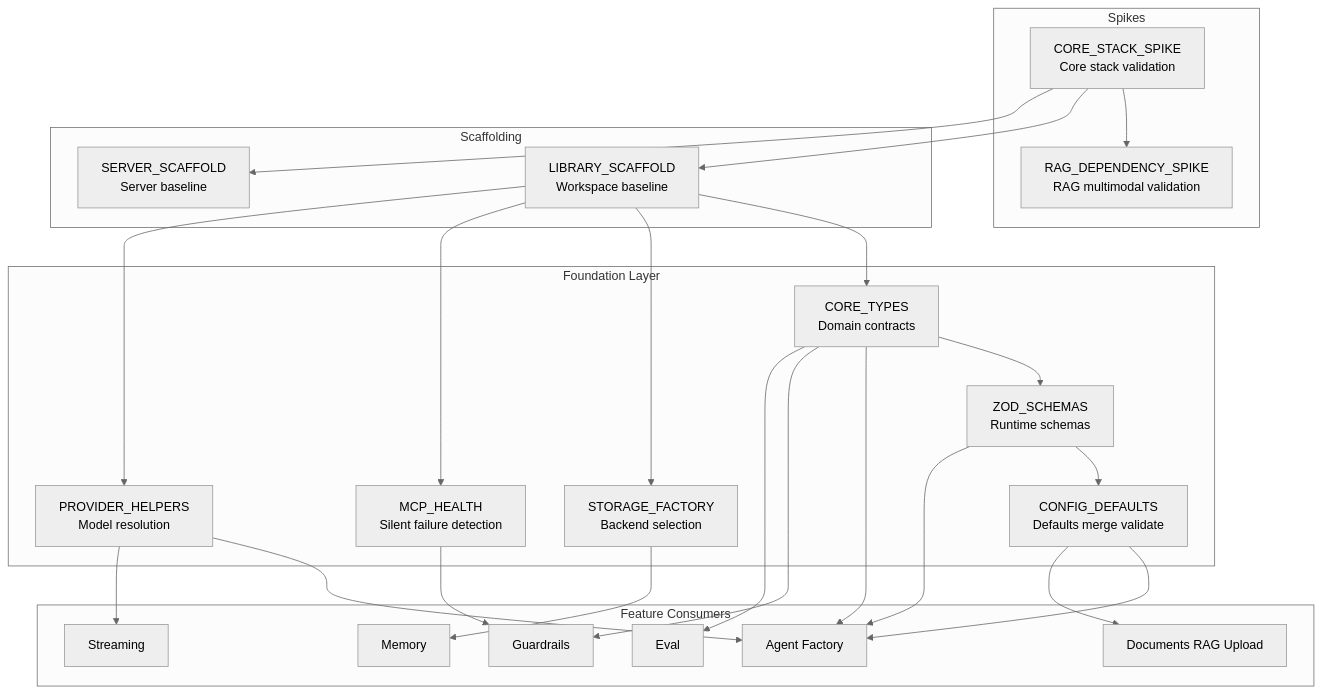
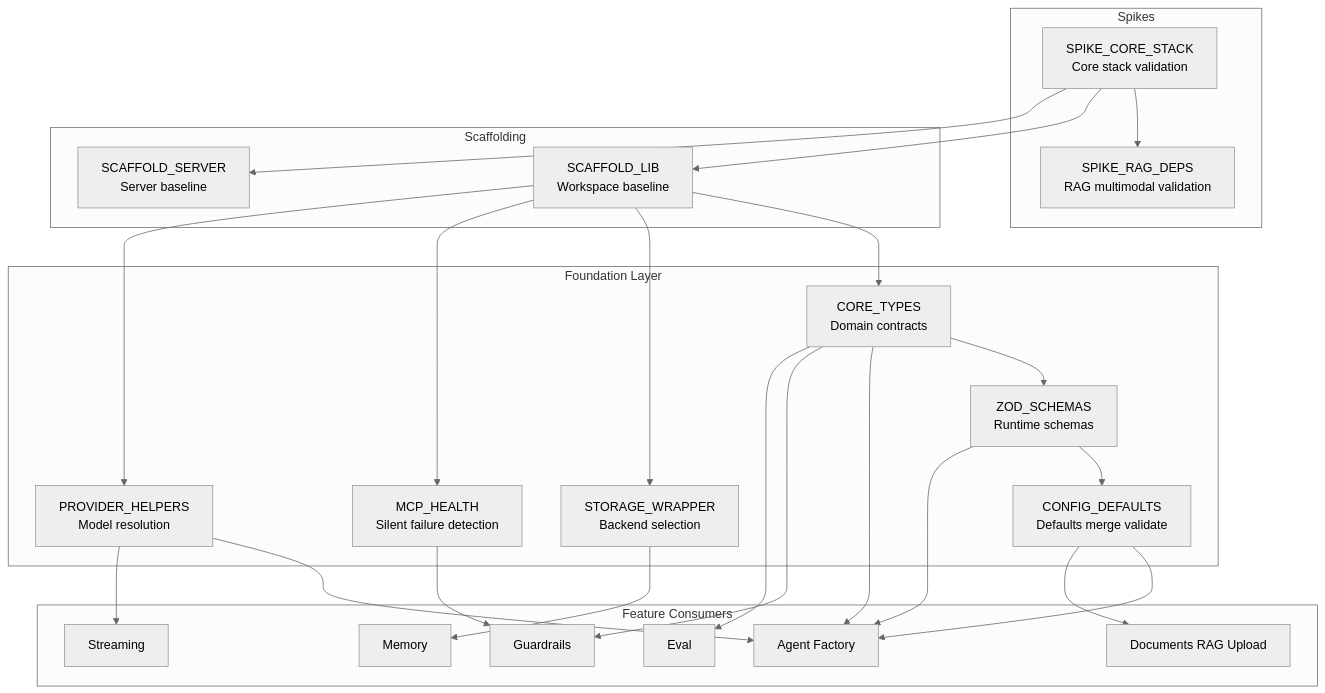
The first of 10 diagrams in plan/04-foundation.md (1qh/safeagent), drawn with Mermaid (neutral theme) before and after one commit. The commit also changed other lines of this file and 1 other file, not shown here.

Commit message:
fix round 11 issues: align task IDs in 04-foundation Mermaid diagrams with 17-execution, replace literal SQL in 15-infrastructure Mermaid with design-level descriptions

````diff
--- a/plan/04-foundation.md
+++ b/plan/04-foundation.md
@@ -59,54 +59,54 @@
 ```mermaid
 flowchart TB
     subgraph SPIKES["Spikes"]
-        CORE_STACK_SPIKE["CORE_STACK_SPIKE\nCore stack validation"]
-        RAG_DEP_SPIKE["RAG_DEPENDENCY_SPIKE\nRAG multimodal validation"]
+        SPIKE_CORE_STACK["SPIKE_CORE_STACK\nCore stack validation"]
+        SPIKE_RAG_DEPS["SPIKE_RAG_DEPS\nRAG multimodal validation"]
     end
 
     subgraph SCAFFOLDING["Scaffolding"]
-        LIB_SCAFFOLD["LIBRARY_SCAFFOLD\nWorkspace baseline"]
-        SERVER_SCAFFOLD["SERVER_SCAFFOLD\nServer baseline"]
+        SCAFFOLD_LIB["SCAFFOLD_LIB\nWorkspace baseline"]
+        SCAFFOLD_SERVER["SCAFFOLD_SERVER\nServer baseline"]
     end
 
     subgraph FOUNDATION["Foundation Layer"]
         CORE_TYPES["CORE_TYPES\nDomain contracts"]
         ZOD_SCHEMAS["ZOD_SCHEMAS\nRuntime schemas"]
         CONFIG_DEFAULTS["CONFIG_DEFAULTS\nDefaults merge validate"]
-        STORAGE_FACTORY["STORAGE_FACTORY\nBackend selection"]
+        STORAGE_WRAPPER["STORAGE_WRAPPER\nBackend selection"]
         MCP_HEALTH["MCP_HEALTH\nSilent failure detection"]
         PROVIDER_HELPERS["PROVIDER_HELPERS\nModel resolution"]
     end
 
     subgraph CONSUMERS["Feature Consumers"]
         AGENT_FACTORY_CONSUMER["Agent Factory"]
         GUARDRAIL_CONSUMER["Guardrails"]
         MEMORY_CONSUMER["Memory"]
         STREAM_CONSUMER["Streaming"]
         DOC_CONSUMER["Documents RAG Upload"]
         EVAL_CONSUMER["Eval"]
     end
 
-    CORE_STACK_SPIKE --> RAG_DEP_SPIKE
-    CORE_STACK_SPIKE --> LIB_SCAFFOLD
-    CORE_STACK_SPIKE --> SERVER_SCAFFOLD
+    SPIKE_CORE_STACK --> SPIKE_RAG_DEPS
+    SPIKE_CORE_STACK --> SCAFFOLD_LIB
+    SPIKE_CORE_STACK --> SCAFFOLD_SERVER
 
-    LIB_SCAFFOLD --> CORE_TYPES
-    LIB_SCAFFOLD --> STORAGE_FACTORY
-    LIB_SCAFFOLD --> MCP_HEALTH
-    LIB_SCAFFOLD --> PROVIDER_HELPERS
+    SCAFFOLD_LIB --> CORE_TYPES
+    SCAFFOLD_LIB --> STORAGE_WRAPPER
+    SCAFFOLD_LIB --> MCP_HEALTH
+    SCAFFOLD_LIB --> PROVIDER_HELPERS
 
     CORE_TYPES --> ZOD_SCHEMAS
     ZOD_SCHEMAS --> CONFIG_DEFAULTS
 
     CORE_TYPES --> AGENT_FACTORY_CONSUMER
     ZOD_SCHEMAS --> AGENT_FACTORY_CONSUMER
     CONFIG_DEFAULTS --> AGENT_FACTORY_CONSUMER
     PROVIDER_HELPERS --> AGENT_FACTORY_CONSUMER
 
     CORE_TYPES --> GUARDRAIL_CONSUMER
-    STORAGE_FACTORY --> MEMORY_CONSUMER
+    STORAGE_WRAPPER --> MEMORY_CONSUMER
     PROVIDER_HELPERS --> STREAM_CONSUMER
     CONFIG_DEFAULTS --> DOC_CONSUMER
     CORE_TYPES --> EVAL_CONSUMER
     MCP_HEALTH --> GUARDRAIL_CONSUMER
 ```
````
